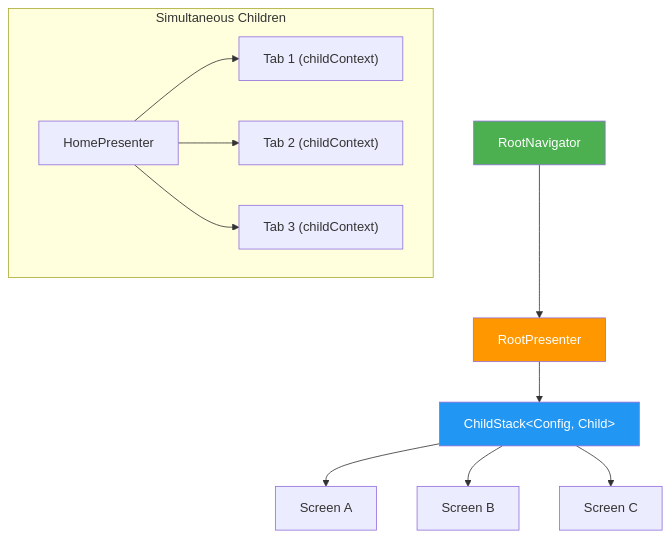
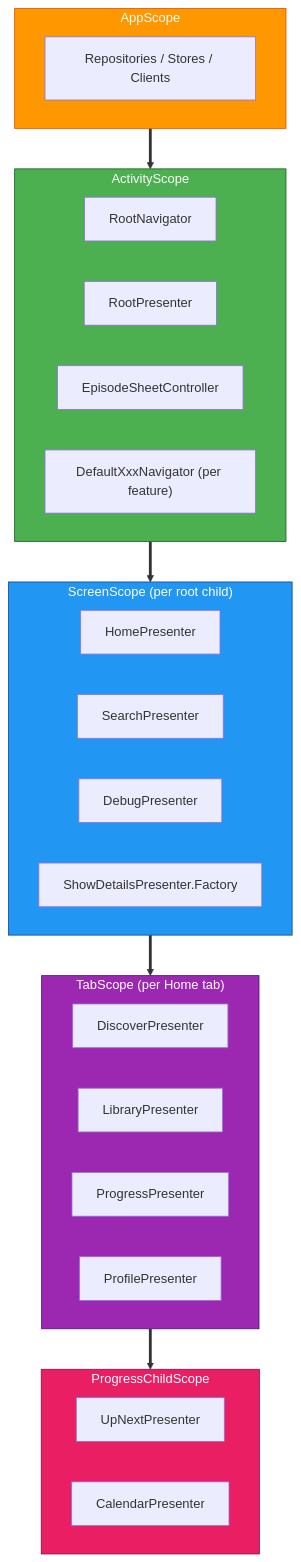
The diagram in docs/architecture/NAVIGATION.md (thomaskioko/tv-maniac), drawn with Mermaid before and after one commit. The commit also changed other lines of this file and 102 other files, not shown here.

````diff
--- a/docs/architecture/NAVIGATION.md
+++ b/docs/architecture/NAVIGATION.md
@@ -7,19 +9,48 @@
 ```mermaid
 graph TD
-    RP["RootPresenter"] --> CS["ChildStack&lt;Config, Child&gt;"]
-    CS --> S1["Screen A"]
-    CS --> S2["Screen B"]
-    CS --> S3["Screen C"]
-
-    RN["RootNavigator"] --> RP
-
-    subgraph "Simultaneous Children"
-        HC["HomePresenter"] --> CC1["Tab 1 (childContext)"]
-        HC --> CC2["Tab 2 (childContext)"]
-        HC --> CC3["Tab 3 (childContext)"]
+    subgraph AS["AppScope"]
+        direction LR
+        R["Repositories / Stores / Clients"]
     end
 
-    style RP fill:#FF9800,color:#fff
-    style RN fill:#4CAF50,color:#fff
-    style CS fill:#2196F3,color:#fff
+    subgraph ACS["ActivityScope"]
+        direction LR
+        RN["RootNavigator"]
+        RP["RootPresenter"]
+        EC["EpisodeSheetController"]
+        NAV["DefaultXxxNavigator (per feature)"]
+    end
+
+    subgraph SS["ScreenScope (per root child)"]
+        direction LR
+        HP["HomePresenter"]
+        SP["SearchPresenter"]
+        DP["DebugPresenter"]
+        SDP["ShowDetailsPresenter.Factory"]
+    end
+
+    subgraph TS["TabScope (per Home tab)"]
+        direction LR
+        DIS["DiscoverPresenter"]
+        LIB["LibraryPresenter"]
+        PRG["ProgressPresenter"]
+        PRF["ProfilePresenter"]
+    end
+
+    subgraph PCS["ProgressChildScope"]
+        direction LR
+        UN["UpNextPresenter"]
+        CAL["CalendarPresenter"]
+    end
+
+    AS ==> ACS
+    ACS ==> SS
+    SS ==> TS
+    TS ==> PCS
+
+    style AS fill:#FF9800,color:#fff,stroke:#E65100
+    style ACS fill:#4CAF50,color:#fff,stroke:#1B5E20
+    style SS fill:#2196F3,color:#fff,stroke:#0D47A1
+    style TS fill:#9C27B0,color:#fff,stroke:#4A148C
+    style PCS fill:#E91E63,color:#fff,stroke:#880E4F
 ```
````
